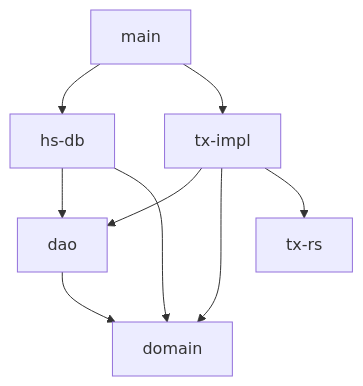
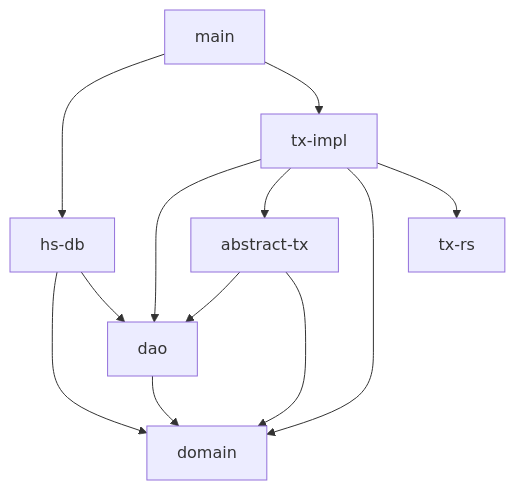
Before and after one commit to cutsea110/payroll: the diagram in README.md, drawn with Mermaid. The commit also changed 1 other file, not shown here.

Commit message:
split out abstract-tx

````diff
--- a/README.md
+++ b/README.md
@@ -3,12 +3,15 @@
 ```mermaid
 graph TD
 
   dao --> domain
+  abstract-tx --> dao
+  abstract-tx --> domain
   tx-impl --> dao
+  tx-impl --> abstract-tx
   tx-impl --> domain
   tx-impl --> tx-rs
+  hs-db --> domain
   hs-db --> dao
-  hs-db --> domain
   main --> hs-db
   main --> tx-impl
 ```
````
